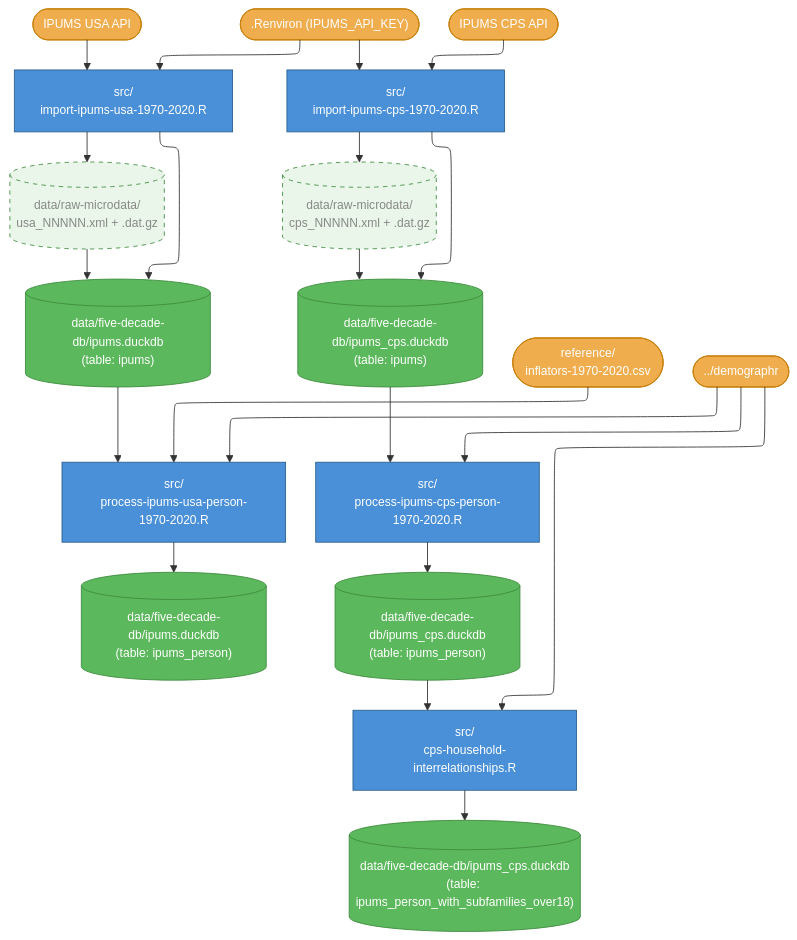
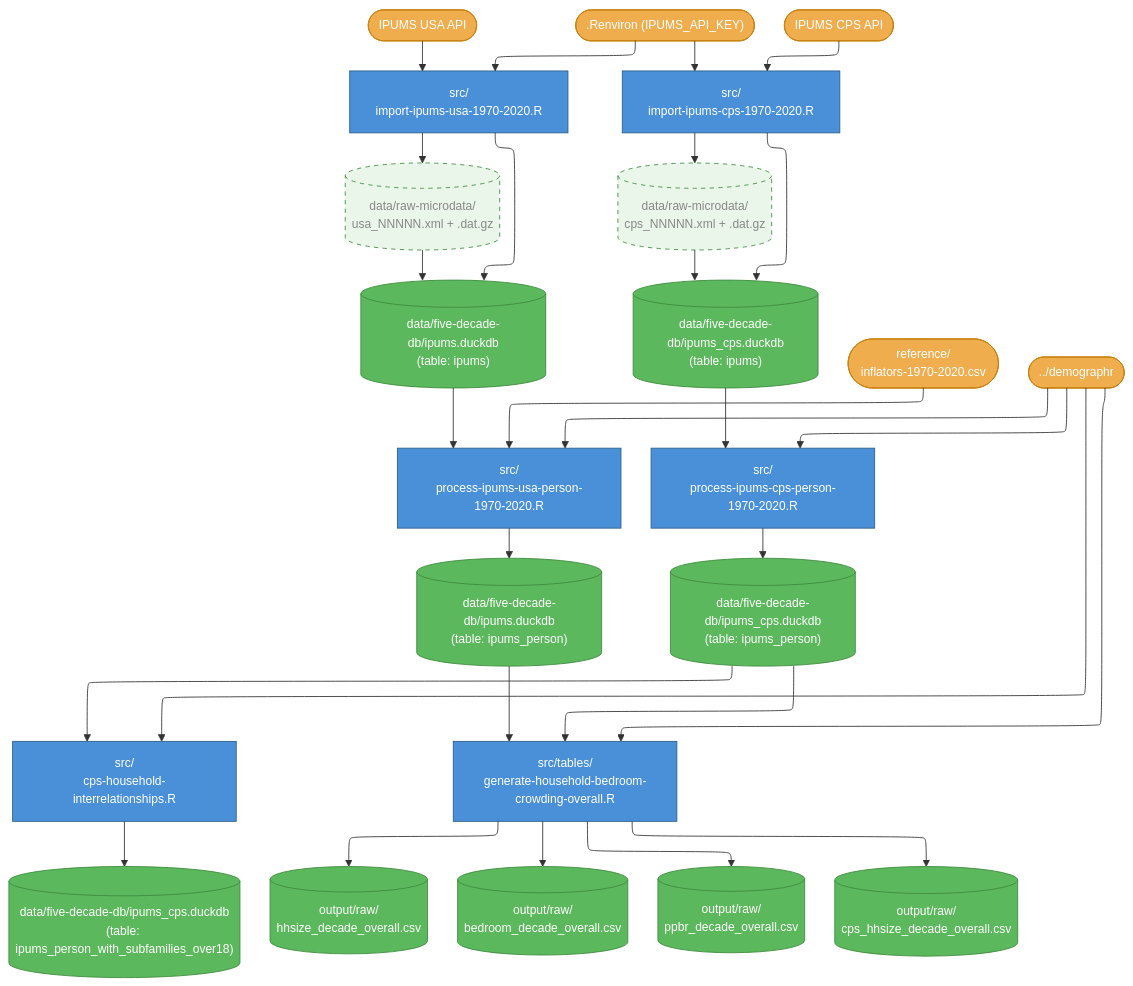
Before and after one commit to lorae/households-over-the-years: the diagram in households-over-the-years/Data flow.md, drawn with Mermaid. The commit also changed 2 other files, not shown here.

Commit message:
refactor: move generate-household-bedroom-crowding-overall to src/tables/, add header and diagram entry

````diff
--- a/households-over-the-years/Data flow.md
+++ b/households-over-the-years/Data flow.md
@@ -16,62 +16,77 @@
 ```mermaid
 %%{init: {"flowchart": {"defaultRenderer": "elk"}, "themeVariables": {"fontSize": "14px"}} }%%
 flowchart TD
     classDef script fill:#4a90d9,color:#fff,stroke:#2c5f8a
     classDef data fill:#5cb85c,color:#fff,stroke:#3d8b3d
     classDef intermediate fill:#5cb85c22,color:#888,stroke:#3d8b3d,stroke-dasharray:5 5
     classDef input fill:#f0ad4e,color:#fff,stroke:#c87f0a
 
     %% --- Top row: external inputs (order controls left-to-right placement) ---
     ipums_api(["IPUMS USA API"]):::input
     env([".Renviron (IPUMS_API_KEY)"]):::input
     cps_api(["IPUMS CPS API"]):::input
 
     %% --- Import: IPUMS USA ---
     import_usa["src/<br>import-ipums-usa-1970-2020.R"]:::script
     raw_usa[("data/raw-microdata/<br>usa_NNNNN.xml + .dat.gz")]:::intermediate
     ipums_db[("data/five-decade-db/ipums.duckdb<br>(table: ipums)")]:::data
 
     %% --- Import: IPUMS CPS ---
     import_cps["src/<br>import-ipums-cps-1970-2020.R"]:::script
     raw_cps[("data/raw-microdata/<br>cps_NNNNN.xml + .dat.gz")]:::intermediate
     cps_db[("data/five-decade-db/ipums_cps.duckdb<br>(table: ipums)")]:::data
 
     ipums_api --> import_usa
     env --> import_usa
     import_usa --> raw_usa
     import_usa --> ipums_db
     raw_usa --> ipums_db
 
     env --> import_cps
     cps_api --> import_cps
     import_cps --> raw_cps
     import_cps --> cps_db
     raw_cps --> cps_db
 
     %% --- Process: IPUMS USA person-level ---
     inflators(["reference/<br>inflators-1970-2020.csv"]):::input
     demographr(["../demographr"]):::input
     process_usa["src/<br>process-ipums-usa-person-1970-2020.R"]:::script
     ipums_person_db[("data/five-decade-db/ipums.duckdb<br>(table: ipums_person)")]:::data
 
     ipums_db --> process_usa
     inflators --> process_usa
     demographr --> process_usa
     process_usa --> ipums_person_db
 
     %% --- Process: IPUMS CPS person-level ---
     process_cps["src/<br>process-ipums-cps-person-1970-2020.R"]:::script
     cps_person_db[("data/five-decade-db/ipums_cps.duckdb<br>(table: ipums_person)")]:::data
 
     cps_db --> process_cps
     demographr --> process_cps
     process_cps --> cps_person_db
 
     %% --- Process: CPS household interrelationships ---
     cps_interrel["src/<br>cps-household-interrelationships.R"]:::script
     cps_subfam_db[("data/five-decade-db/ipums_cps.duckdb<br>(table: ipums_person_with_subfamilies_over18)")]:::data
 
     cps_person_db --> cps_interrel
     demographr --> cps_interrel
     cps_interrel --> cps_subfam_db
+
+    %% --- Tables: household/bedroom/crowding overall ---
+    gen_hh_crowding["src/tables/<br>generate-household-bedroom-crowding-overall.R"]:::script
+    hhsize_overall[("output/raw/<br>hhsize_decade_overall.csv")]:::data
+    bedroom_overall[("output/raw/<br>bedroom_decade_overall.csv")]:::data
+    ppbr_overall[("output/raw/<br>ppbr_decade_overall.csv")]:::data
+    cps_hhsize_overall[("output/raw/<br>cps_hhsize_decade_overall.csv")]:::data
+
+    ipums_person_db --> gen_hh_crowding
+    cps_person_db --> gen_hh_crowding
+    demographr --> gen_hh_crowding
+    gen_hh_crowding --> hhsize_overall
+    gen_hh_crowding --> bedroom_overall
+    gen_hh_crowding --> ppbr_overall
+    gen_hh_crowding --> cps_hhsize_overall
 ```
````
